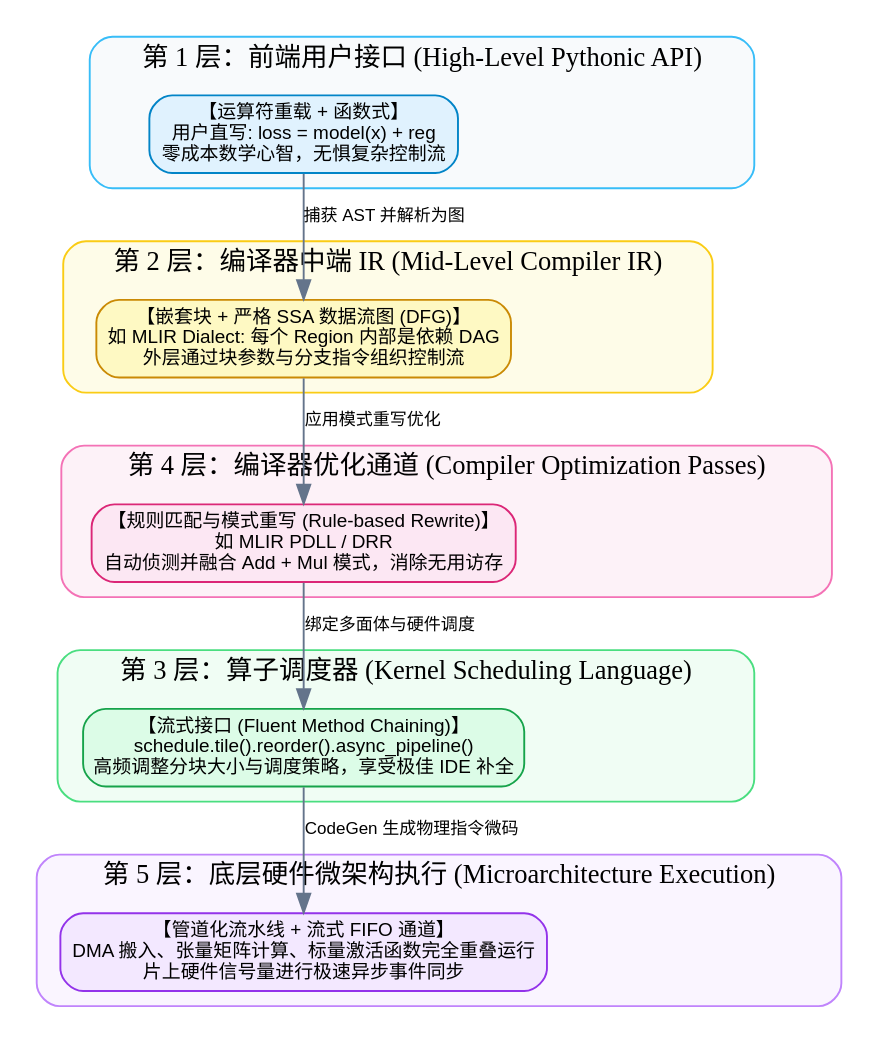
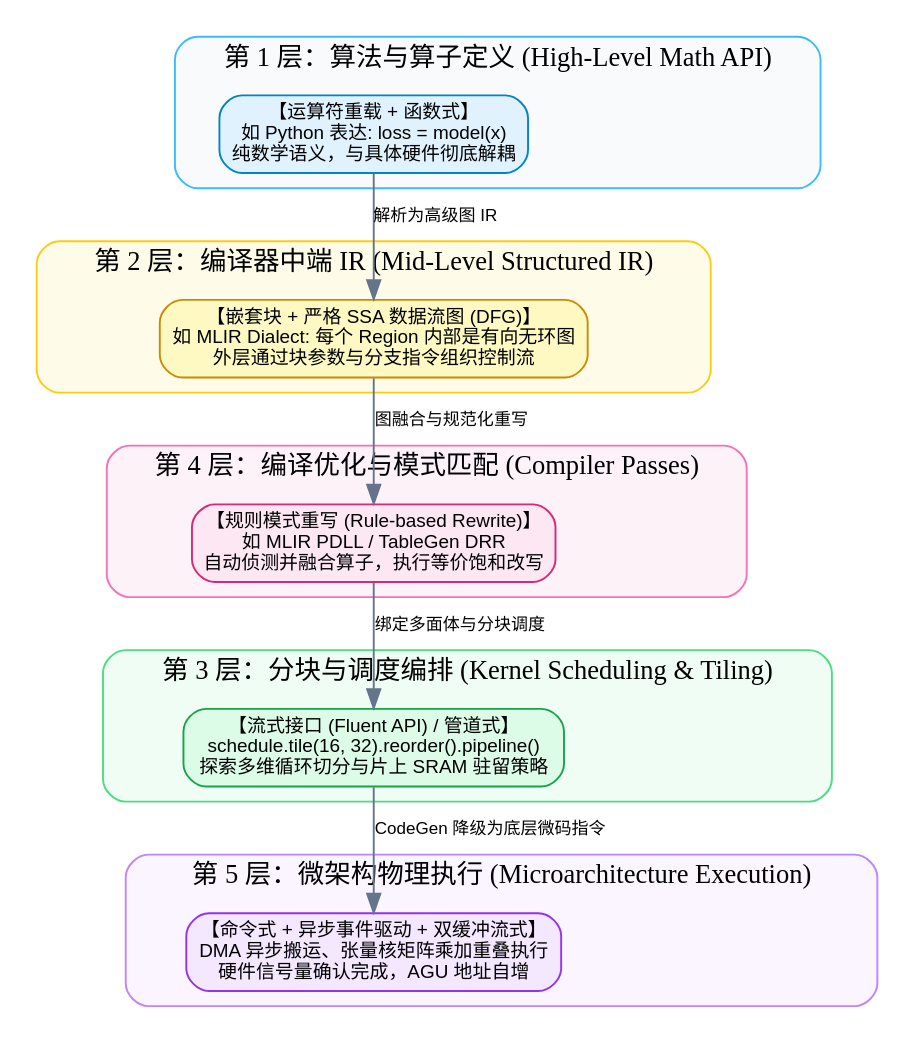
One commit to hqu-little-boy/blog changed the seventh of 8 diagrams in src/content/posts/dsl-design-paradigms-streaming-pipeline-and-hardware-execution-guide.md. Above: the diagram before and after it, drawn with Graphviz. The commit also changed other lines of this file, not shown here.

````diff
--- a/src/content/posts/dsl-design-paradigms-streaming-pipeline-and-hardware-execution-guide.md
+++ b/src/content/posts/dsl-design-paradigms-streaming-pipeline-and-hardware-execution-guide.md
@@ -804,52 +683,42 @@
 ```graphviz
 digraph Multi_Layer_DSL {
     rankdir=TB;
     node [shape=box, style="rounded,filled", fontname="Google Sans,sans-serif", fontsize=10];
     edge [fontname="Google Sans,sans-serif", fontsize=9, color="#64748b"];
 
     subgraph cluster_layer1 {
-        label="第 1 层：前端用户接口 (High-Level Pythonic API)";
-        style="solid,rounded";
-        bgcolor="#f8fafc";
-        color="#38bdf8";
-        L1 [label="【运算符重载 + 函数式】\n用户直写: loss = model(x) + reg\n零成本数学心智，无惧复杂控制流", fillcolor="#e0f2fe", color="#0284c7"];
+        label="第 1 层：算法与算子定义 (High-Level Math API)";
+        style="solid,rounded"; bgcolor="#f8fafc"; color="#38bdf8";
+        L1 [label="【运算符重载 + 函数式】\n如 Python 表达: loss = model(x)\n纯数学语义，与具体硬件彻底解耦", fillcolor="#e0f2fe", color="#0284c7"];
     }
 
     subgraph cluster_layer2 {
-        label="第 2 层：编译器中端 IR (Mid-Level Compiler IR)";
-        style="solid,rounded";
-        bgcolor="#fefce8";
-        color="#facc15";
-        L2 [label="【嵌套块 + 严格 SSA 数据流图 (DFG)】\n如 MLIR Dialect: 每个 Region 内部是依赖 DAG\n外层通过块参数与分支指令组织控制流", fillcolor="#fef9c3", color="#ca8a04"];
+        label="第 2 层：编译器中端 IR (Mid-Level Structured IR)";
+        style="solid,rounded"; bgcolor="#fefce8"; color="#facc15";
+        L2 [label="【嵌套块 + 严格 SSA 数据流图 (DFG)】\n如 MLIR Dialect: 每个 Region 内部是有向无环图\n外层通过块参数与分支指令组织控制流", fillcolor="#fef9c3", color="#ca8a04"];
     }
 
     subgraph cluster_layer3 {
-        label="第 3 层：算子调度器 (Kernel Scheduling Language)";
-        style="solid,rounded";
-        bgcolor="#f0fdf4";
-        color="#4ade80";
-        L3 [label="【流式接口 (Fluent Method Chaining)】\nschedule.tile().reorder().async_pipeline()\n高频调整分块大小与调度策略，享受极佳 IDE 补全", fillcolor="#dcfce7", color="#16a34a"];
+        label="第 3 层：分块与调度编排 (Kernel Scheduling & Tiling)";
+        style="solid,rounded"; bgcolor="#f0fdf4"; color="#4ade80";
+        L3 [label="【流式接口 (Fluent API) / 管道式】\nschedule.tile(16, 32).reorder().pipeline()\n探索多维循环切分与片上 SRAM 驻留策略", fillcolor="#dcfce7", color="#16a34a"];
     }
 
     subgraph cluster_layer4 {
-        label="第 4 层：编译器优化通道 (Compiler Optimization Passes)";
-        style="solid,rounded";
-        bgcolor="#fdf2f8";
-        color="#f472b6";
-        L4 [label="【规则匹配与模式重写 (Rule-based Rewrite)】\n如 MLIR PDLL / DRR\n自动侦测并融合 Add + Mul 模式，消除无用访存", fillcolor="#fce7f3", color="#db2777"];
+        label="第 4 层：编译优化与模式匹配 (Compiler Passes)";
+        style="solid,rounded"; bgcolor="#fdf2f8"; color="#f472b6";
+        L4 [label="【规则模式重写 (Rule-based Rewrite)】\n如 MLIR PDLL / TableGen DRR\n自动侦测并融合算子，执行等价饱和改写", fillcolor="#fce7f3", color="#db2777"];
     }
 
     subgraph cluster_layer5 {
-        label="第 5 层：底层硬件微架构执行 (Microarchitecture Execution)";
-        style="solid,rounded";
-        bgcolor="#faf5ff";
-        color="#c084fc";
-        L5 [label="【管道化流水线 + 流式 FIFO 通道】\nDMA 搬入、张量矩阵计算、标量激活函数完全重叠运行\n片上硬件信号量进行极速异步事件同步", fillcolor="#f3e8ff", color="#9333ea"];
+        label="第 5 层：微架构物理执行 (Microarchitecture Execution)";
+        style="solid,rounded"; bgcolor="#faf5ff"; color="#c084fc";
+        L5 [label="【命令式 + 异步事件驱动 + 双缓冲流式】\nDMA 异步搬运、张量核矩阵乘加重叠执行\n硬件信号量确认完成，AGU 地址自增", fillcolor="#f3e8ff", color="#9333ea"];
     }
 
-    L1 -> L2 [label="捕获 AST 并解析为图"];
-    L2 -> L4 [label="应用模式重写优化"];
-    L4 -> L3 [label="绑定多面体与硬件调度"];
-    L3 -> L5 [label="CodeGen 生成物理指令微码"];
+    L1 -> L2 [label="解析为高级图 IR"];
+    L2 -> L4 [label="图融合与规范化重写"];
+    L4 -> L3 [label="绑定多面体与分块调度"];
+    L3 -> L5 [label="CodeGen 降级为底层微码指令"];
 }
 ```
````
